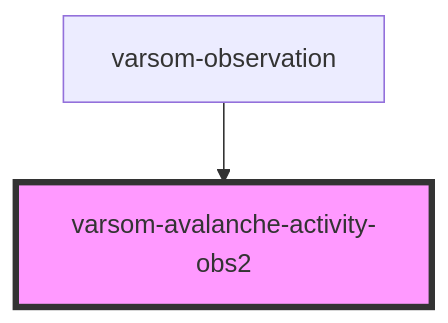
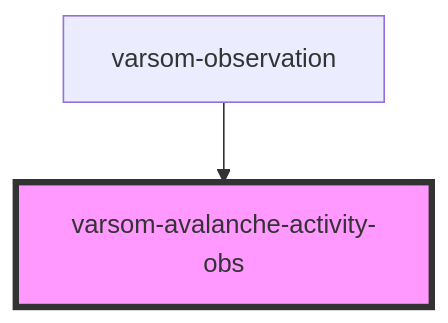
One commit to NVE/varsom-observation changed the diagram in observasjonskort/src/components/varsom-avalanche-activity-obs/readme.md. Above: the diagram before and after it, drawn with Mermaid. The commit also changed other lines of this file and 27 other files, not shown here.

````diff
--- a/observasjonskort/src/components/varsom-avalanche-activity-obs/readme.md
+++ b/observasjonskort/src/components/varsom-avalanche-activity-obs/readme.md
@@ -25,5 +39,5 @@
 ```mermaid
 graph TD;
-  varsom-observation --> varsom-avalanche-activity-obs2
-  style varsom-avalanche-activity-obs2 fill:#f9f,stroke:#333,stroke-width:4px
+  varsom-observation --> varsom-avalanche-activity-obs
+  style varsom-avalanche-activity-obs fill:#f9f,stroke:#333,stroke-width:4px
 ```
````
